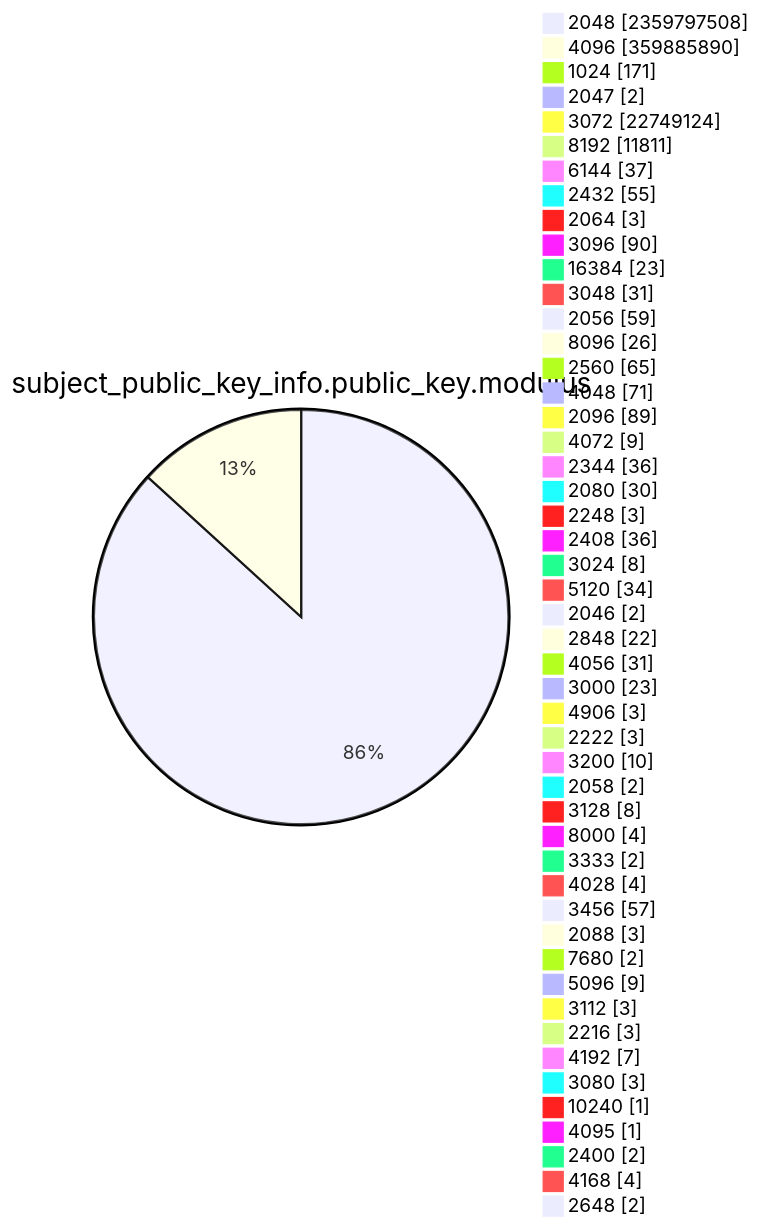
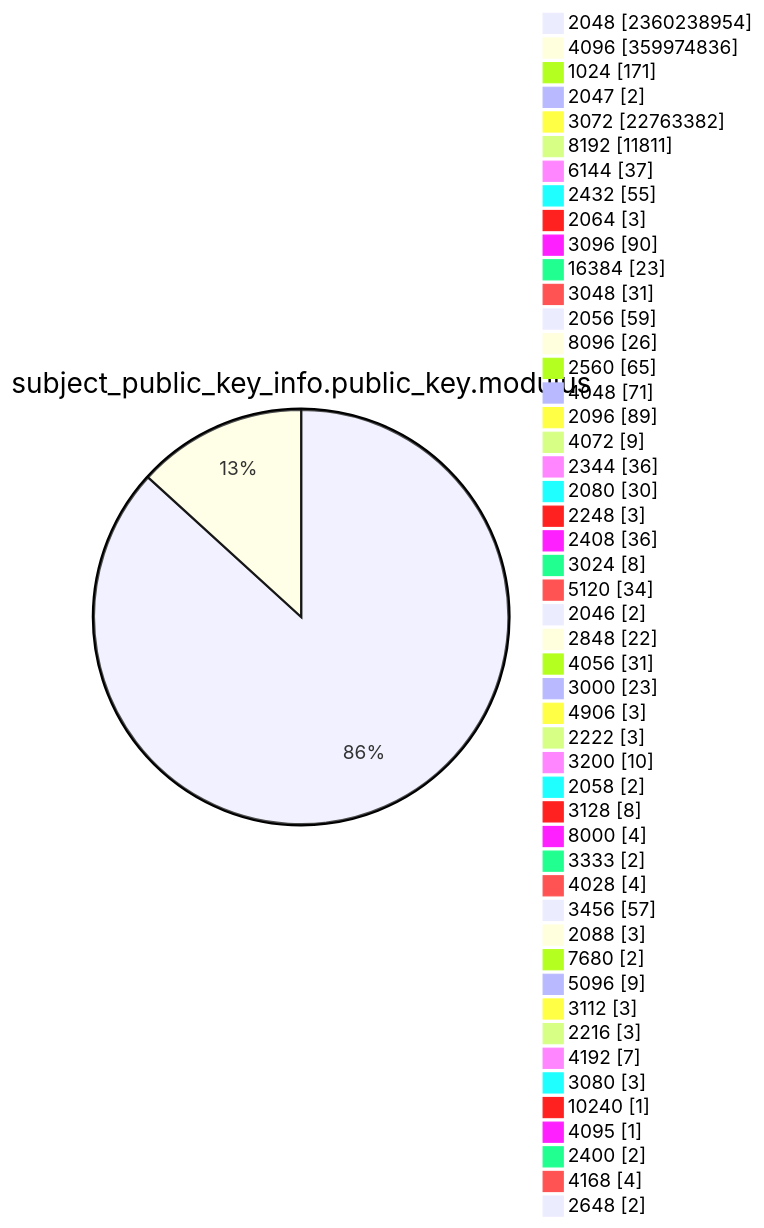
Before and after one commit to christiankrug/ctmonitor_visualization: diagram 13 of 15 in TOTAL/README.md, drawn with Mermaid. The commit also changed other lines of this file, not shown here.

````diff
--- a/TOTAL/README.md
+++ b/TOTAL/README.md
@@ -4167,53 +4167,53 @@
 ```mermaid
 pie showData
 title subject_public_key_info.public_key.modulus
-"2048" :2359797508
-"4096" :359885890
+"2048" :2360238954
+"4096" :359974836
 "1024" :171
 "2047" :2
-"3072" :22749124
+"3072" :22763382
 "8192" :11811
 "6144" :37
 "2432" :55
 "2064" :3
 "3096" :90
 "16384" :23
 "3048" :31
 "2056" :59
 "8096" :26
 "2560" :65
 "4048" :71
 "2096" :89
 "4072" :9
 "2344" :36
 "2080" :30
 "2248" :3
 "2408" :36
 "3024" :8
 "5120" :34
 "2046" :2
 "2848" :22
 "4056" :31
 "3000" :23
 "4906" :3
 "2222" :3
 "3200" :10
 "2058" :2
 "3128" :8
 "8000" :4
 "3333" :2
 "4028" :4
 "3456" :57
 "2088" :3
 "7680" :2
 "5096" :9
 "3112" :3
 "2216" :3
 "4192" :7
 "3080" :3
 "10240" :1
 "4095" :1
 "2400" :2
 "4168" :4
 "2648" :2
 ```
````
